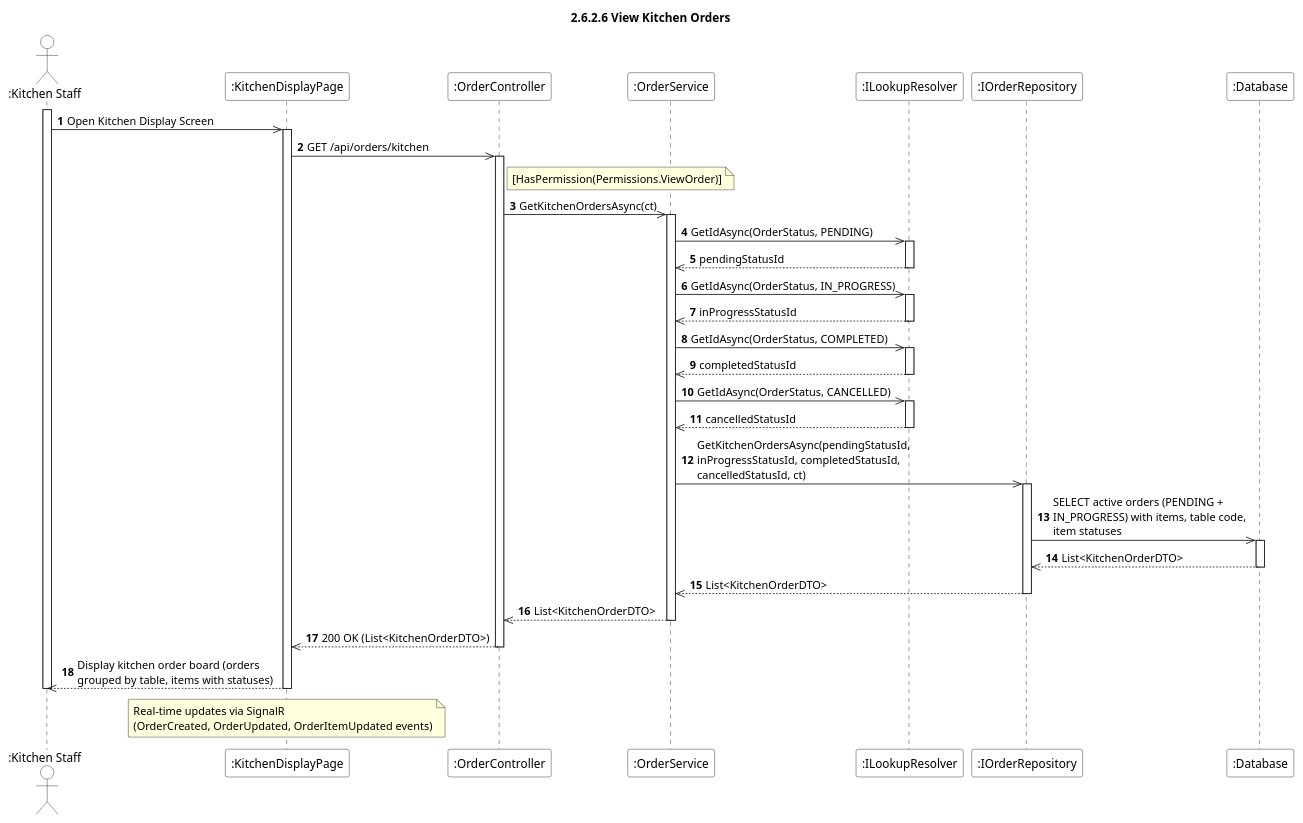
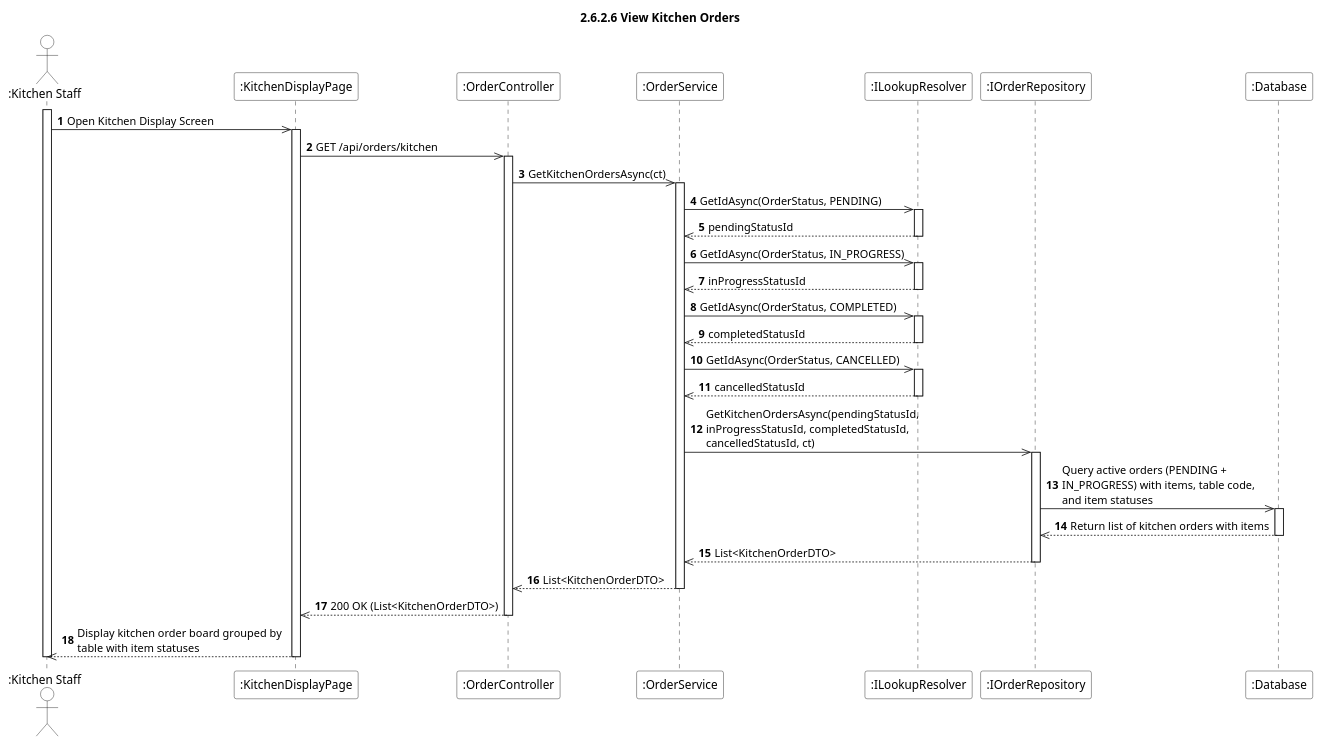
One commit to aulacvietnameseeatery-source/aulac_be changed the diagram in Docs/Software Design Specification/Order Management/sequence-diagrams/2.6.2.6-view-kitchen-orders.puml. Above: the diagram before and after it, drawn with PlantUML. The commit also changed 21 other files, not shown here.

```diff
--- a/Docs/Software Design Specification/Order Management/sequence-diagrams/2.6.2.6-view-kitchen-orders.puml
+++ b/Docs/Software Design Specification/Order Management/sequence-diagrams/2.6.2.6-view-kitchen-orders.puml
@@ -1,75 +1,71 @@
 @startuml
 title 2.6.2.6 View Kitchen Orders
 
 skinparam maxMessageSize 250
 skinparam sequence {
     ParticipantBackgroundColor #ffffff
     ActorBackgroundColor #ffffff
 }
 
 autonumber
 
 actor ":Kitchen Staff" as U
 participant ":KitchenDisplayPage" as Client
 participant ":OrderController" as Ctrl
 participant ":OrderService" as Svc
 participant ":ILookupResolver" as Lookup
 participant ":IOrderRepository" as OrderRepo
 participant ":Database" as DB
 
 activate U
 
 U ->> Client : Open Kitchen Display Screen
 activate Client
 
 Client ->> Ctrl : GET /api/orders/kitchen
 activate Ctrl
 
-note right of Ctrl : [HasPermission(Permissions.ViewOrder)]
-
 Ctrl ->> Svc : GetKitchenOrdersAsync(ct)
 activate Svc
 
 Svc ->> Lookup : GetIdAsync(OrderStatus, PENDING)
 activate Lookup
 Lookup -->> Svc : pendingStatusId
 deactivate Lookup
 
 Svc ->> Lookup : GetIdAsync(OrderStatus, IN_PROGRESS)
 activate Lookup
 Lookup -->> Svc : inProgressStatusId
 deactivate Lookup
 
 Svc ->> Lookup : GetIdAsync(OrderStatus, COMPLETED)
 activate Lookup
 Lookup -->> Svc : completedStatusId
 deactivate Lookup
 
 Svc ->> Lookup : GetIdAsync(OrderStatus, CANCELLED)
 activate Lookup
 Lookup -->> Svc : cancelledStatusId
 deactivate Lookup
 
 Svc ->> OrderRepo : GetKitchenOrdersAsync(pendingStatusId, inProgressStatusId, completedStatusId, cancelledStatusId, ct)
 activate OrderRepo
-OrderRepo ->> DB : SELECT active orders (PENDING + IN_PROGRESS) with items, table code, item statuses
+OrderRepo ->> DB : Query active orders (PENDING + IN_PROGRESS) with items, table code, and item statuses
 activate DB
-DB -->> OrderRepo : List<KitchenOrderDTO>
+DB -->> OrderRepo : Return list of kitchen orders with items
 deactivate DB
 OrderRepo -->> Svc : List<KitchenOrderDTO>
 deactivate OrderRepo
 
 Svc -->> Ctrl : List<KitchenOrderDTO>
 deactivate Svc
 
 Ctrl -->> Client : 200 OK (List<KitchenOrderDTO>)
 deactivate Ctrl
 
-Client -->> U : Display kitchen order board (orders grouped by table, items with statuses)
-
-note over Client : Real-time updates via SignalR\n(OrderCreated, OrderUpdated, OrderItemUpdated events)
+Client -->> U : Display kitchen order board grouped by table with item statuses
 
 deactivate Client
 deactivate U
 
 @enduml
```
